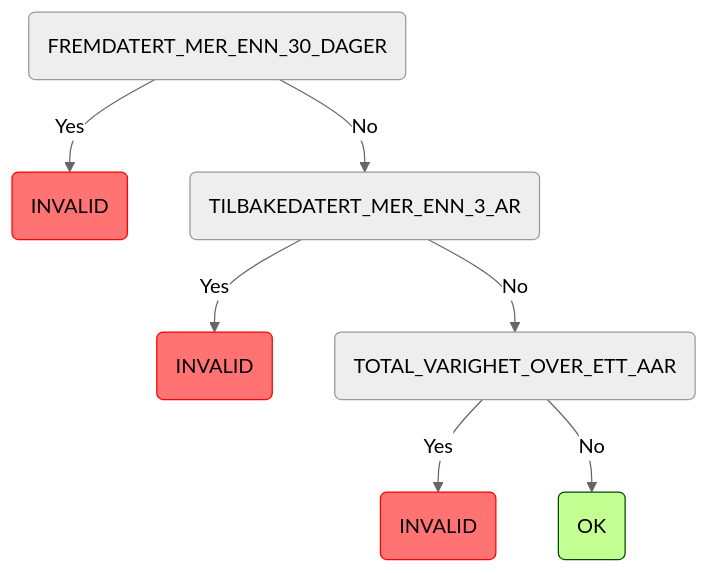
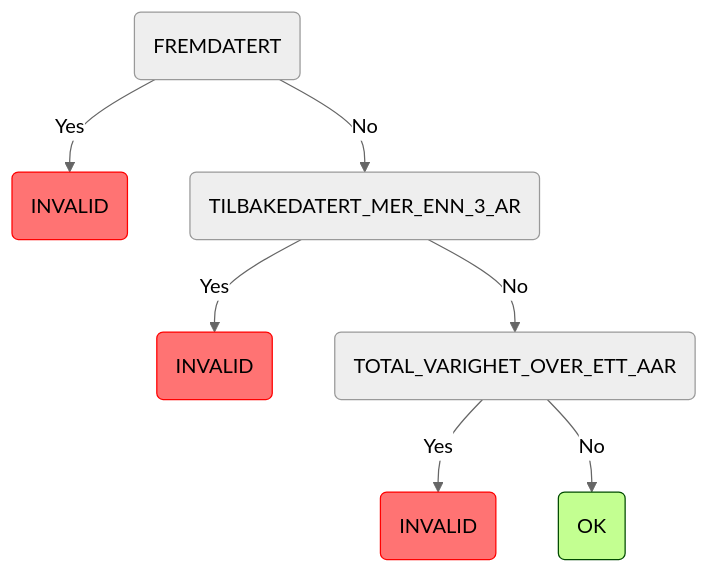
The ninth of 11 diagrams in README.md (navikt/syfosmregler), drawn with Mermaid (neutral theme) before and after one commit. The commit also changed 8 other files, not shown here.

Commit message:
update common and rename FREMDATERT_MER_ENN_30_DAGER  back to FREMDATERT

````diff
--- a/README.md
+++ b/README.md
@@ -188,12 +188,12 @@
 ```mermaid
 graph TD
-    root(FREMDATERT_MER_ENN_30_DAGER) -->|Yes| root_FREMDATERT_MER_ENN_30_DAGER_INVALID(INVALID):::invalid
-    root(FREMDATERT_MER_ENN_30_DAGER) -->|No| root_FREMDATERT_MER_ENN_30_DAGER_TILBAKEDATERT_MER_ENN_3_AR(TILBAKEDATERT_MER_ENN_3_AR)
-    root_FREMDATERT_MER_ENN_30_DAGER_TILBAKEDATERT_MER_ENN_3_AR(TILBAKEDATERT_MER_ENN_3_AR) -->|Yes| root_FREMDATERT_MER_ENN_30_DAGER_TILBAKEDATERT_MER_ENN_3_AR_INVALID(INVALID):::invalid
-    root_FREMDATERT_MER_ENN_30_DAGER_TILBAKEDATERT_MER_ENN_3_AR(TILBAKEDATERT_MER_ENN_3_AR) -->|No| root_FREMDATERT_MER_ENN_30_DAGER_TILBAKEDATERT_MER_ENN_3_AR_TOTAL_VARIGHET_OVER_ETT_AAR(TOTAL_VARIGHET_OVER_ETT_AAR)
-    root_FREMDATERT_MER_ENN_30_DAGER_TILBAKEDATERT_MER_ENN_3_AR_TOTAL_VARIGHET_OVER_ETT_AAR(TOTAL_VARIGHET_OVER_ETT_AAR) -->|Yes| root_FREMDATERT_MER_ENN_30_DAGER_TILBAKEDATERT_MER_ENN_3_AR_TOTAL_VARIGHET_OVER_ETT_AAR_INVALID(INVALID):::invalid
-    root_FREMDATERT_MER_ENN_30_DAGER_TILBAKEDATERT_MER_ENN_3_AR_TOTAL_VARIGHET_OVER_ETT_AAR(TOTAL_VARIGHET_OVER_ETT_AAR) -->|No| root_FREMDATERT_MER_ENN_30_DAGER_TILBAKEDATERT_MER_ENN_3_AR_TOTAL_VARIGHET_OVER_ETT_AAR_OK(OK):::ok
+    root(FREMDATERT) -->|Yes| root_FREMDATERT_INVALID(INVALID):::invalid
+    root(FREMDATERT) -->|No| root_FREMDATERT_TILBAKEDATERT_MER_ENN_3_AR(TILBAKEDATERT_MER_ENN_3_AR)
+    root_FREMDATERT_TILBAKEDATERT_MER_ENN_3_AR(TILBAKEDATERT_MER_ENN_3_AR) -->|Yes| root_FREMDATERT_TILBAKEDATERT_MER_ENN_3_AR_INVALID(INVALID):::invalid
+    root_FREMDATERT_TILBAKEDATERT_MER_ENN_3_AR(TILBAKEDATERT_MER_ENN_3_AR) -->|No| root_FREMDATERT_TILBAKEDATERT_MER_ENN_3_AR_TOTAL_VARIGHET_OVER_ETT_AAR(TOTAL_VARIGHET_OVER_ETT_AAR)
+    root_FREMDATERT_TILBAKEDATERT_MER_ENN_3_AR_TOTAL_VARIGHET_OVER_ETT_AAR(TOTAL_VARIGHET_OVER_ETT_AAR) -->|Yes| root_FREMDATERT_TILBAKEDATERT_MER_ENN_3_AR_TOTAL_VARIGHET_OVER_ETT_AAR_INVALID(INVALID):::invalid
+    root_FREMDATERT_TILBAKEDATERT_MER_ENN_3_AR_TOTAL_VARIGHET_OVER_ETT_AAR(TOTAL_VARIGHET_OVER_ETT_AAR) -->|No| root_FREMDATERT_TILBAKEDATERT_MER_ENN_3_AR_TOTAL_VARIGHET_OVER_ETT_AAR_OK(OK):::ok
     classDef ok fill:#c3ff91,stroke:#004a00,color: black;
     classDef invalid fill:#ff7373,stroke:#ff0000,color: black;
     classDef manuell fill:#ffe24f,stroke:#ffd500,color: #473c00;
 ```
````
